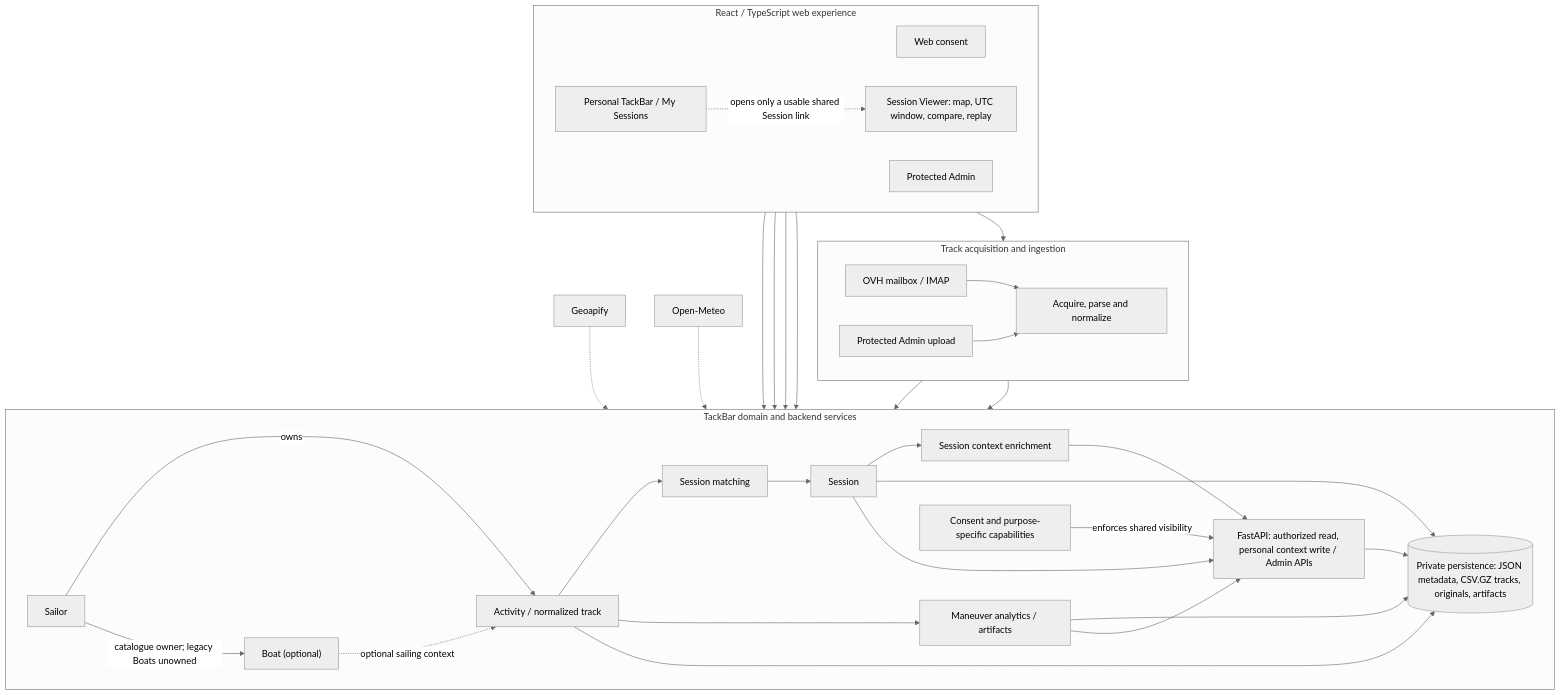
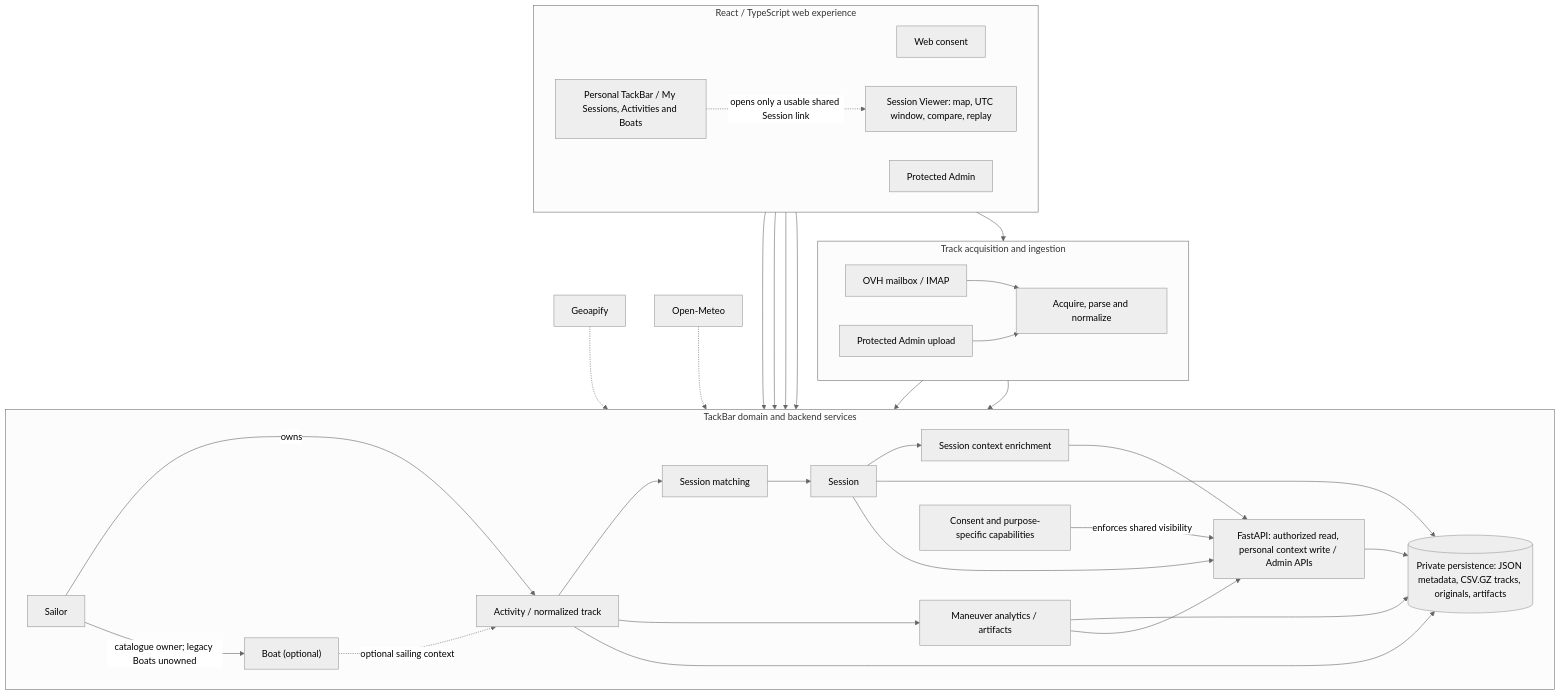
One commit to maxsail-project/tackbar changed the diagram in docs/current/solution-overview.md. Above: the diagram before and after it, drawn with Mermaid (neutral theme). The commit also changed other lines of this file and 9 other files, not shown here.

````diff
--- a/docs/current/solution-overview.md
+++ b/docs/current/solution-overview.md
@@ -18,60 +18,60 @@
 ```mermaid
 flowchart TB
   subgraph ACQUISITION["Track acquisition and ingestion"]
     direction LR
     OVH["OVH mailbox / IMAP"]
     UPLOAD["Protected Admin upload"]
     PIPE["Acquire, parse and normalize"]
     OVH --> PIPE
     UPLOAD --> PIPE
   end
 
   subgraph CORE["TackBar domain and backend services"]
     direction LR
     SAILOR["Sailor"]
     BOAT["Boat (optional)"]
     ACT["Activity / normalized track"]
     MATCH["Session matching"]
     SES["Session"]
     ANALYTICS["Maneuver analytics / artifacts"]
     CONTEXT["Session context enrichment"]
     ACCESS["Consent and purpose-specific capabilities"]
     API["FastAPI: authorized read, personal context write / Admin APIs"]
     STORE[("Private persistence: JSON metadata, CSV.GZ tracks, originals, artifacts")]
 
     SAILOR -->|"owns"| ACT
     SAILOR -->|"catalogue owner; legacy Boats unowned"| BOAT
     BOAT -.->|"optional sailing context"| ACT
     ACT --> MATCH --> SES
     ACT --> ANALYTICS
     SES --> CONTEXT
     ACT --> STORE
     SES --> STORE
     ANALYTICS --> STORE
     ACCESS -->|"enforces shared visibility"| API
     SES --> API
     ANALYTICS --> API
     CONTEXT --> API
     API --> STORE
   end
 
   subgraph WEB["React / TypeScript web experience"]
     direction LR
     CONSENT["Web consent"]
-    PERSONAL["Personal TackBar / My Sessions"]
+    PERSONAL["Personal TackBar / My Sessions, Activities and Boats"]
     VIEWER["Session Viewer: map, UTC window, compare, replay"]
     ADMIN["Protected Admin"]
   end
 
   PIPE --> ACT
   PIPE --> STORE
   CONSENT --> ACCESS
   PERSONAL --> API
   VIEWER --> API
   ADMIN --> API
   ADMIN --> UPLOAD
   PERSONAL -.->|"opens only a usable shared Session link"| VIEWER
 
   GEO["Geoapify"] -.-> CONTEXT
   METEO["Open-Meteo"] -.-> CONTEXT
 ```
````
